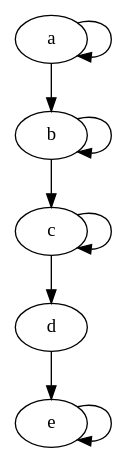
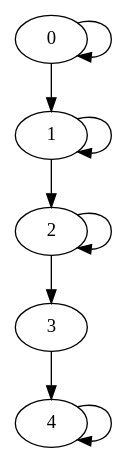
The diagram in examples/test3.dot (apirogov/flat-checker), drawn with Graphviz before and after one commit. The commit also changed 8 other files, not shown here.

Commit message:
improved parsing: formulas can have optional parentheses, propositions can be strings, graph annotation is more liberal

```diff
--- a/examples/test3.dot
+++ b/examples/test3.dot
@@ -1,16 +1,16 @@
 /* e.g. try this formulae:
  ( ((aU[997/1000]c)&(bU[3/1000]c)) & F(c&FGe) ) with n=16
  ( ((aU[1/101]c)&(bU[100/101]c)) & F((a&Xb)&X((bU[1/101]d)&(cU[100/101]d))) ) with n=18
  */
 digraph G {
-  0 [label="a"];
-  1 [label="b"];
-  2 [label="c"];
-  3 [label="d"];
-  4 [label="e"];
+  0 [props="{a}"];
+  1 [props="{b}"];
+  2 [props="{c}"];
+  3 [props="{d}"];
+  4 [props="{e}"];
   0 -> 0, 1;
   1 -> 1, 2;
   2 -> 2, 3;
   3 -> 4;
   4 -> 4;
 }
```
